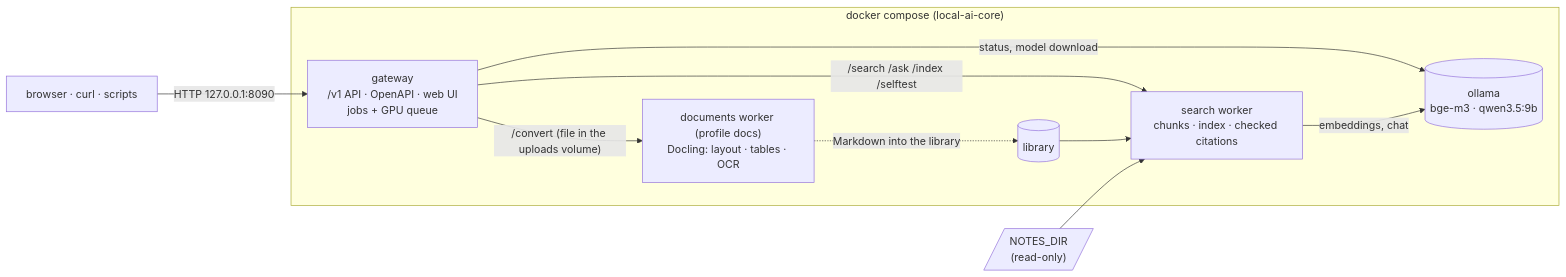
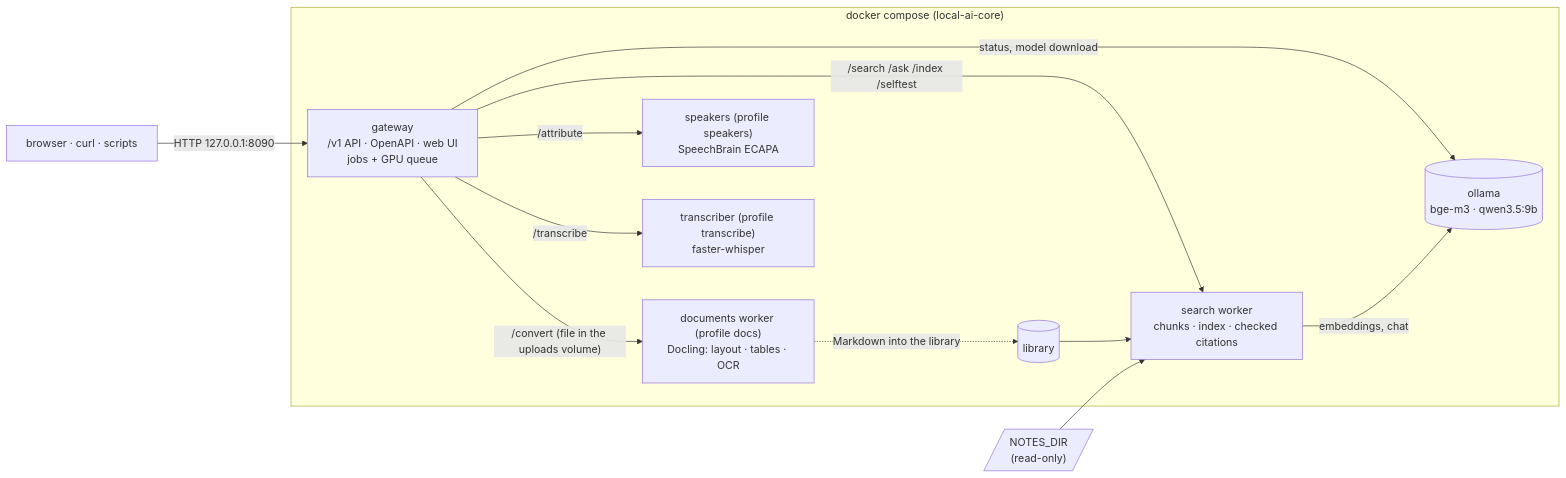
One commit to manzolo/local-ai-core changed the first of 2 diagrams in docs/architecture.md. Above: the diagram before and after it, drawn with Mermaid. The commit also changed other lines of this file and 53 other files, not shown here.

````diff
--- a/docs/architecture.md
+++ b/docs/architecture.md
@@ -8,17 +8,21 @@
 ```mermaid
 flowchart LR
     U["browser · curl · scripts"] -->|"HTTP 127.0.0.1:8090"| G
     subgraph stack["docker compose (local-ai-core)"]
         G["gateway<br/>/v1 API · OpenAPI · web UI<br/>jobs + GPU queue"]
         S["search worker<br/>chunks · index · checked citations"]
         D["documents worker (profile docs)<br/>Docling: layout · tables · OCR"]
         G -->|"/convert (file in the uploads volume)"| D
+        TR["transcriber (profile transcribe)<br/>faster-whisper"]
+        SP["speakers (profile speakers)<br/>SpeechBrain ECAPA"]
+        G -->|"/transcribe"| TR
+        G -->|"/attribute"| SP
         D -.->|"Markdown into the library"| L[("library")]
         L --> S
         O[("ollama<br/>bge-m3 · qwen3.5:9b")]
         G -->|"/search /ask /index /selftest"| S
         S -->|"embeddings, chat"| O
         G -->|"status, model download"| O
     end
     N[/"NOTES_DIR<br/>(read-only)"/] --> S
 ```
````
